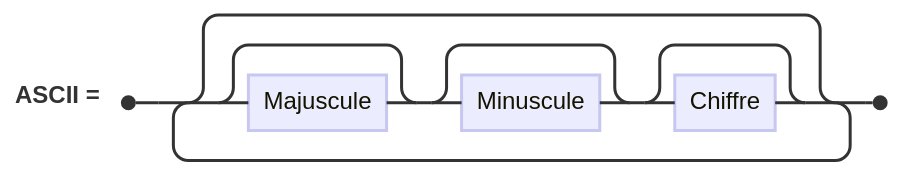
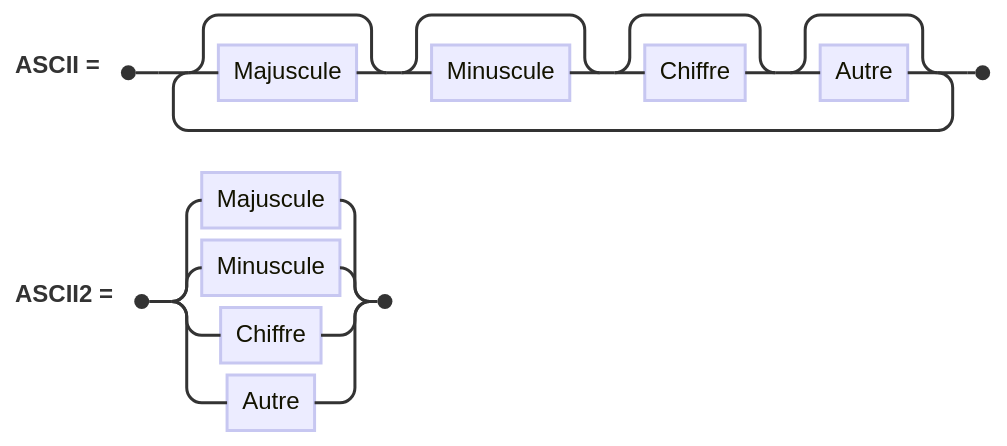
The second of 5 diagrams in library/books/SyntaxeDuBasic.md (VFD/SanyoPHC25), drawn with Mermaid before and after one commit. The commit also changed other lines of this file, not shown here.

````diff
--- a/library/books/SyntaxeDuBasic.md
+++ b/library/books/SyntaxeDuBasic.md
@@ -50,5 +53,7 @@
 ```mermaid
 railroad-peg-beta
 
-ASCII <- ((Majuscule? Minuscule? Chiffre? )?)+ ;
+ASCII <- ( Majuscule? Minuscule? Chiffre? Autre? )+ ; 
+
+ASCII2 <- Majuscule / Minuscule / Chiffre / Autre ;
 ```
````
